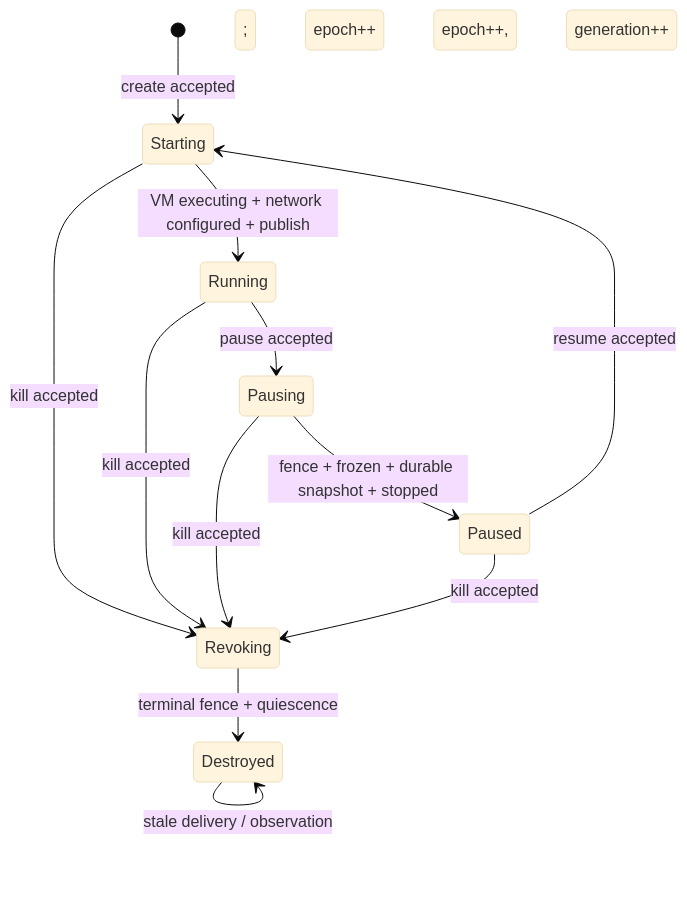
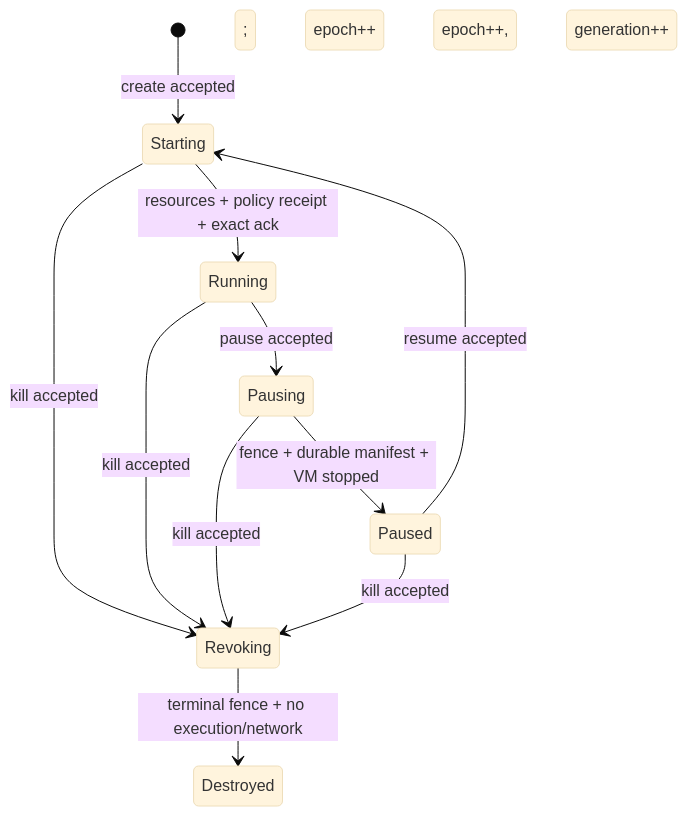
One commit to VeriInfra-Lab/sandproof changed the first of 2 diagrams in docs/state-machine.md. Above: the diagram before and after it, drawn with Mermaid (base theme). The commit also changed other lines of this file and 11 other files, not shown here.

````diff
--- a/docs/state-machine.md
+++ b/docs/state-machine.md
@@ -45,14 +69,13 @@
 ```mermaid
 stateDiagram-v2
     [*] --> Starting: create accepted
-    Starting --> Running: VM executing + network configured + publish
+    Starting --> Running: resources + policy receipt + exact ack
     Running --> Pausing: pause accepted; epoch++
-    Pausing --> Paused: fence + frozen + durable snapshot + stopped
+    Pausing --> Paused: fence + durable manifest + VM stopped
     Paused --> Starting: resume accepted; epoch++, generation++
     Starting --> Revoking: kill accepted
     Running --> Revoking: kill accepted
     Pausing --> Revoking: kill accepted
     Paused --> Revoking: kill accepted
-    Revoking --> Destroyed: terminal fence + quiescence
-    Destroyed --> Destroyed: stale delivery / observation
+    Revoking --> Destroyed: terminal fence + no execution/network
 ```
````
